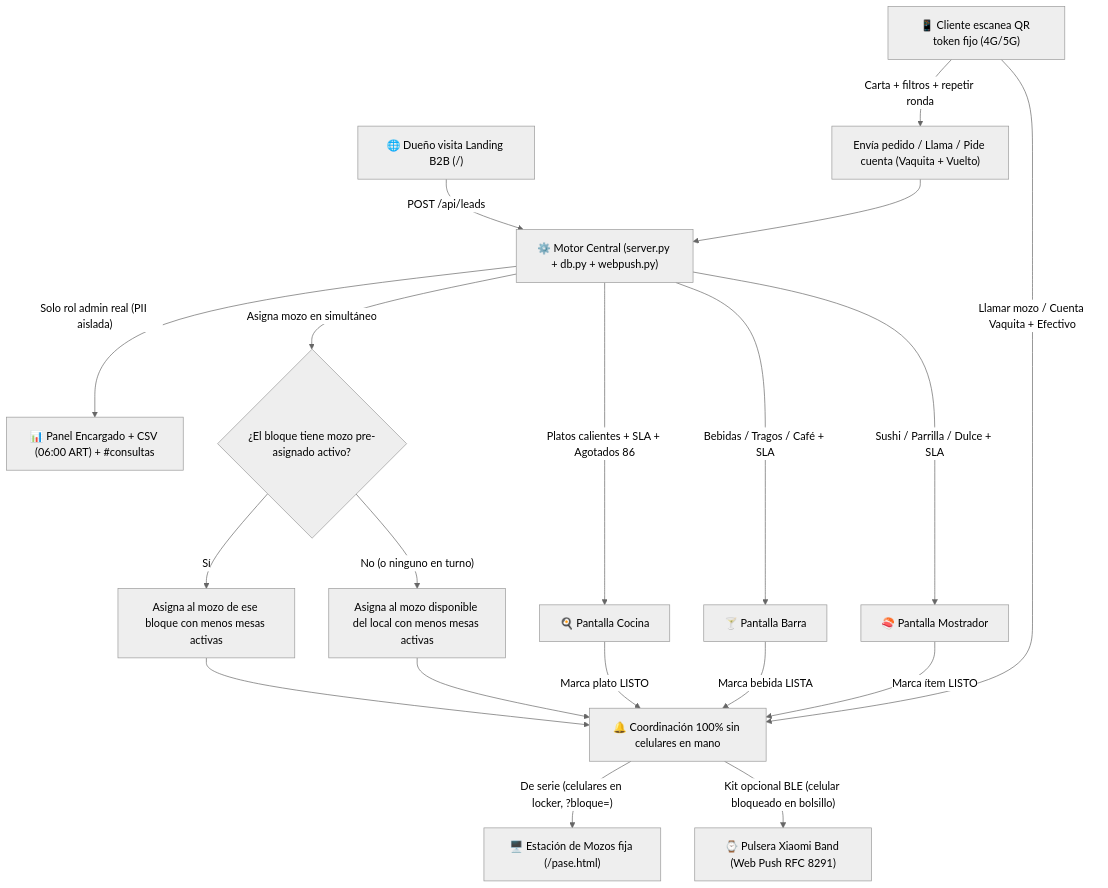
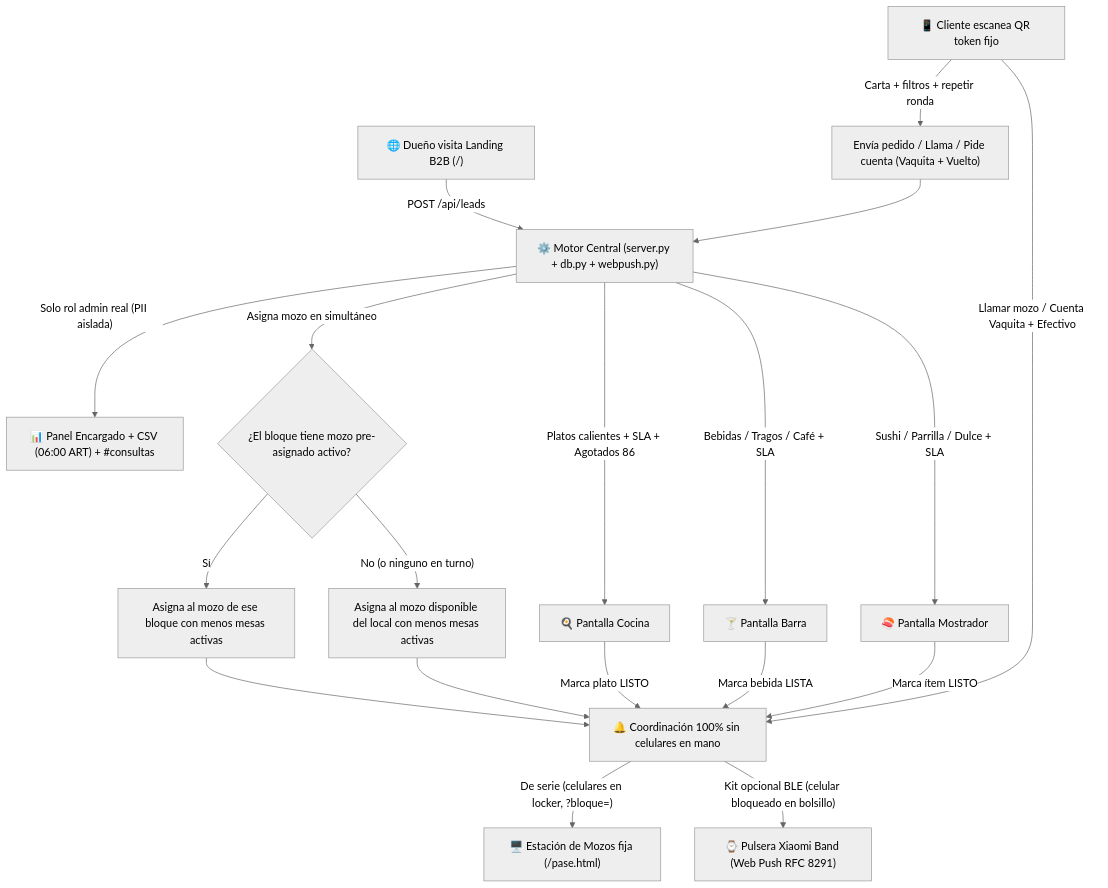
The diagram in docs/arquitectura_salelisto.md (colo03/menues), drawn with Mermaid (neutral theme) before and after one commit. The commit also changed other lines of this file and 59 other files, not shown here.

````diff
--- a/docs/arquitectura_salelisto.md
+++ b/docs/arquitectura_salelisto.md
@@ -31,26 +31,26 @@
 ```mermaid
 flowchart TD
     Landing["🌐 Dueño visita Landing B2B (/)"] -->|"POST /api/leads"| Motor["⚙️ Motor Central (server.py + db.py + webpush.py)"]
-    QR["📱 Cliente escanea QR token fijo (4G/5G)"] -->|"Carta + filtros + repetir ronda"| Pedido["Envía pedido / Llama / Pide cuenta (Vaquita + Vuelto)"]
+    QR["📱 Cliente escanea QR token fijo"] -->|"Carta + filtros + repetir ronda"| Pedido["Envía pedido / Llama / Pide cuenta (Vaquita + Vuelto)"]
     Pedido --> Motor
 
     Motor -->|"Platos calientes + SLA + Agotados 86"| Cocina["🍳 Pantalla Cocina"]
     Motor -->|"Bebidas / Tragos / Café + SLA"| Barra["🍸 Pantalla Barra"]
     Motor -->|"Sushi / Parrilla / Dulce + SLA"| Mostrador["🍣 Pantalla Mostrador"]
     Motor -->|"Solo rol admin real (PII aislada)"| Admin["📊 Panel Encargado + CSV (06:00 ART) + #consultas"]
     Motor -->|"Asigna mozo en simultáneo"| Regla{"¿El bloque tiene mozo pre-asignado activo?"}
 
     Regla -->|"Sí"| MSec["Asigna al mozo de ese bloque con menos mesas activas"]
     Regla -->|"No (o ninguno en turno)"| MAuto["Asigna al mozo disponible del local con menos mesas activas"]
 
     MSec --> Coord["🔔 Coordinación 100% sin celulares en mano"]
     MAuto --> Coord
 
     Cocina -->|"Marca plato LISTO"| Coord
     Barra -->|"Marca bebida LISTA"| Coord
     Mostrador -->|"Marca ítem LISTO"| Coord
     QR -->|"Llamar mozo / Cuenta Vaquita + Efectivo"| Coord
 
     Coord -->|"De serie (celulares en locker, ?bloque=)"| Pase["🖥️ Estación de Mozos fija (/pase.html)"]
     Coord -->|"Kit opcional BLE (celular bloqueado en bolsillo)"| Pulsera["⌚ Pulsera Xiaomi Band (Web Push RFC 8291)"]
 ```
````
